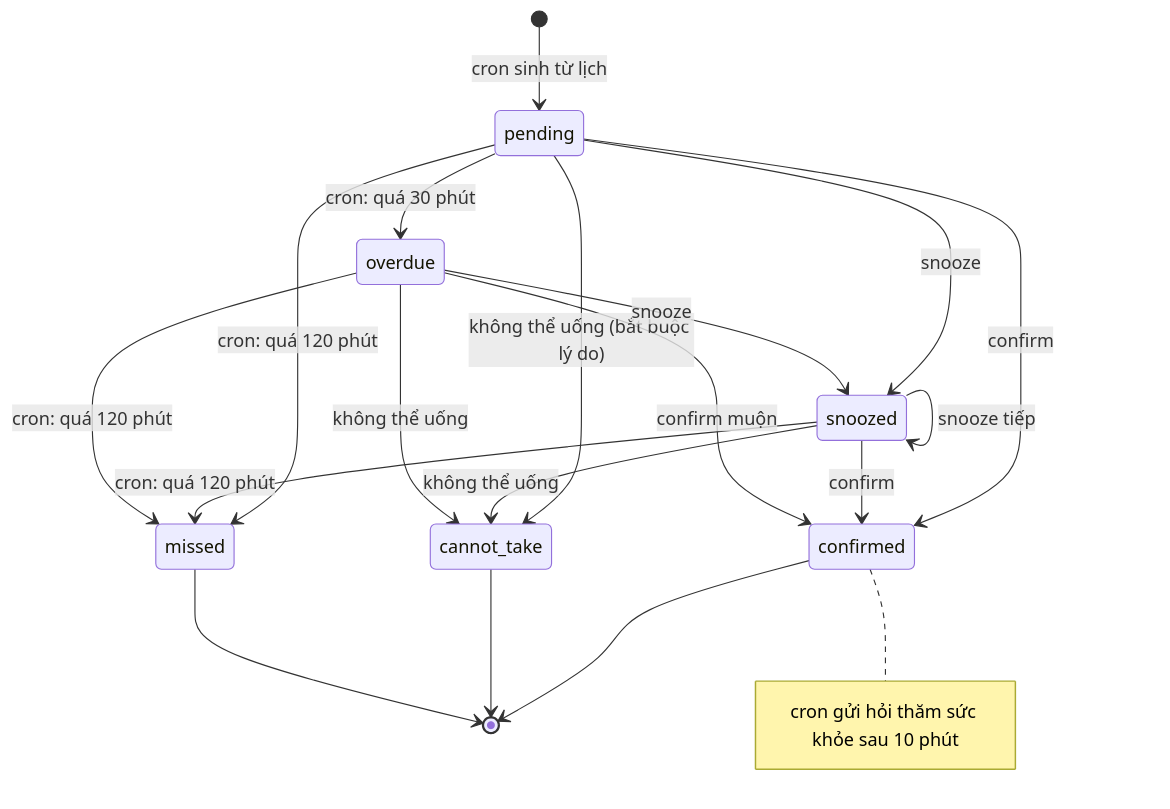
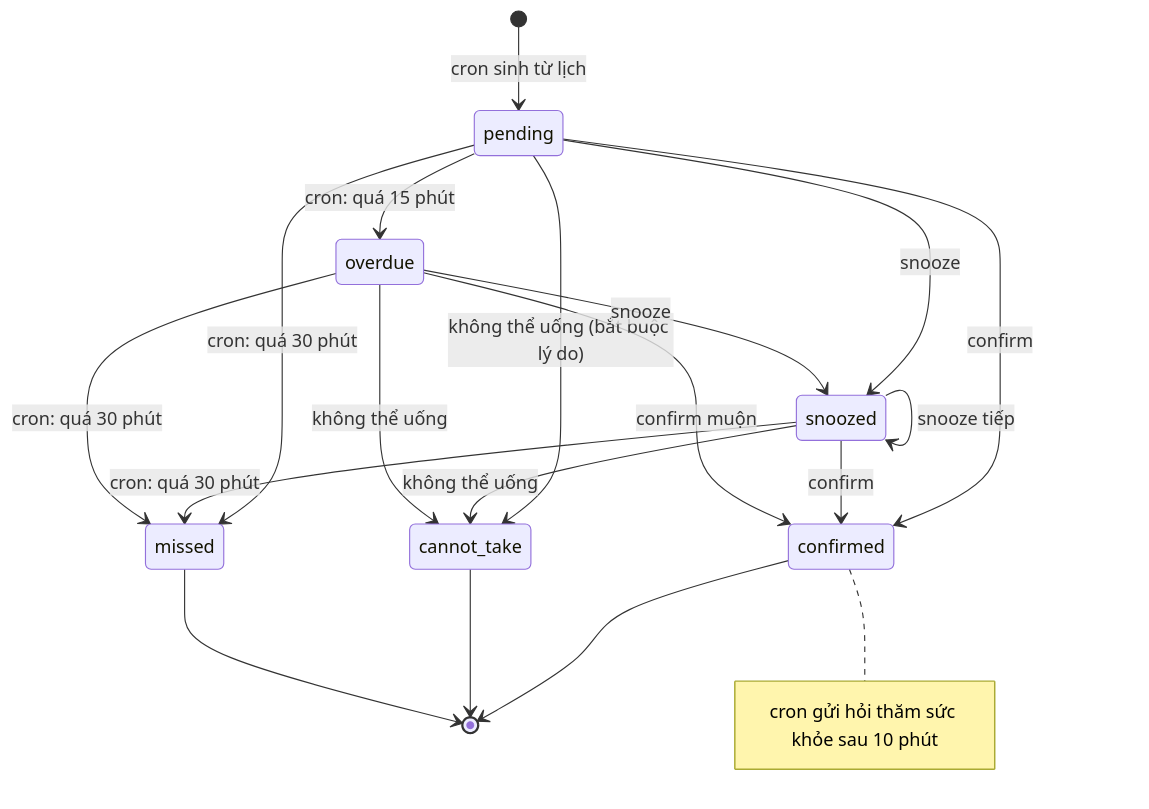
One commit to DoDuongw/duong changed the first of 2 diagrams in docs/BUSINESS_RULES.md. Above: the diagram before and after it, drawn with Mermaid. The commit also changed other lines of this file and 24 other files, not shown here.

````diff
--- a/docs/BUSINESS_RULES.md
+++ b/docs/BUSINESS_RULES.md
@@ -7,21 +7,21 @@
 ```mermaid
 stateDiagram-v2
     [*] --> pending: cron sinh từ lịch
     pending --> confirmed: confirm
     pending --> snoozed: snooze
     snoozed --> snoozed: snooze tiếp
     snoozed --> confirmed: confirm
     pending --> cannot_take: không thể uống (bắt buộc lý do)
     snoozed --> cannot_take: không thể uống
     overdue --> cannot_take: không thể uống
-    pending --> overdue: cron: quá 30 phút
+    pending --> overdue: cron: quá 15 phút
     overdue --> confirmed: confirm muộn
     overdue --> snoozed: snooze
-    pending --> missed: cron: quá 120 phút
-    snoozed --> missed: cron: quá 120 phút
-    overdue --> missed: cron: quá 120 phút
+    pending --> missed: cron: quá 30 phút
+    snoozed --> missed: cron: quá 30 phút
+    overdue --> missed: cron: quá 30 phút
     confirmed --> [*]
     cannot_take --> [*]
     missed --> [*]
     note right of confirmed: cron gửi hỏi thăm sức khỏe sau 10 phút
 ```
````
